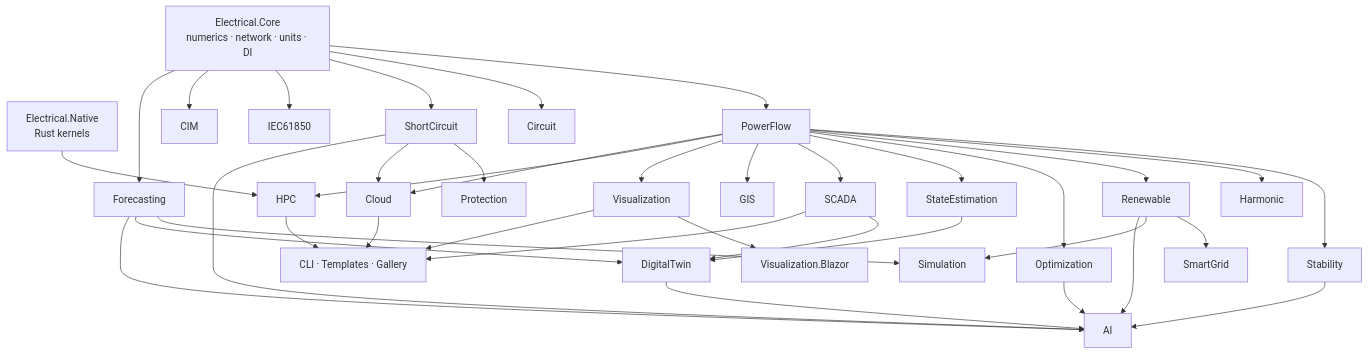
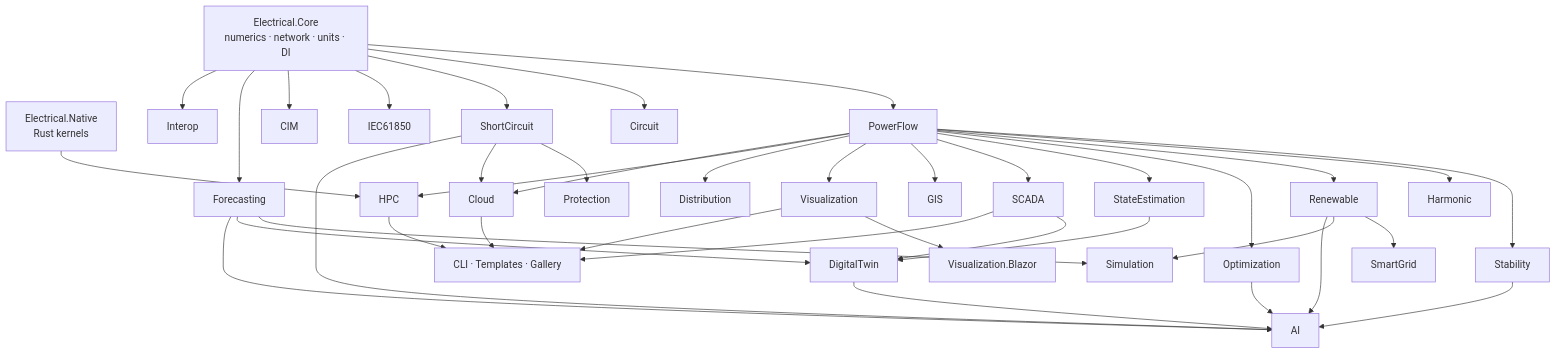
The diagram in Electrical.Net/README.md (DotNetVibeCoderz/Vibe_Components), drawn with Mermaid before and after one commit. The commit also changed other lines of this file and 89 other files, not shown here.

````diff
--- a/Electrical.Net/README.md
+++ b/Electrical.Net/README.md
@@ -172,28 +203,28 @@
 ```mermaid
 graph TD
     Core[Electrical.Core<br/>numerics · network · units · DI]
     Native[Electrical.Native<br/>Rust kernels]
     PF[PowerFlow]
     Core --> PF
-    Core --> Circuit & ShortCircuit & IEC61850 & CIM & Forecasting
+    Core --> Circuit & ShortCircuit & IEC61850 & CIM & Forecasting & Interop
     ShortCircuit --> Protection
-    PF --> Stability & Harmonic & Renewable & Optimization & StateEstimation & SCADA & GIS & Visualization
+    PF --> Stability & Harmonic & Renewable & Optimization & StateEstimation & SCADA & GIS & Visualization & Distribution
     Renewable --> SmartGrid
     Renewable --> Simulation
     Forecasting --> Simulation
     Native --> HPC
     PF --> HPC
     PF --> Cloud
     ShortCircuit --> Cloud
     StateEstimation --> DigitalTwin
     SCADA --> DigitalTwin
     Forecasting --> DigitalTwin
     ShortCircuit --> AI
     Optimization --> AI
     Forecasting --> AI
     DigitalTwin --> AI
     Stability --> AI
     Renewable --> AI
     Visualization --> VizBlazor[Visualization.Blazor]
     Cloud & HPC & Visualization & SCADA --> Apps[CLI · Templates · Gallery]
 ```
````
